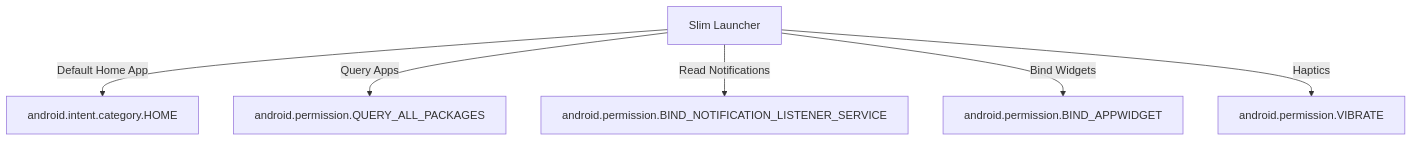
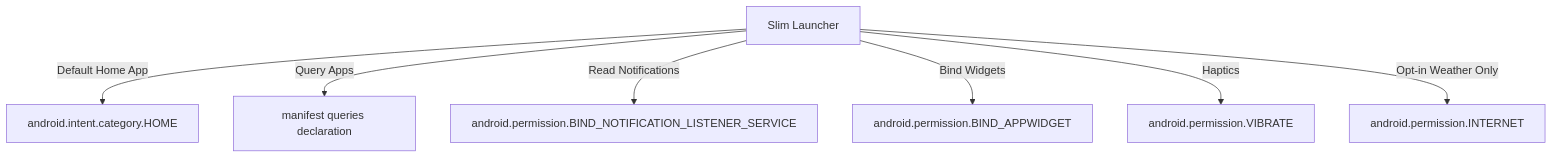
One commit to OpScaleHub/Slim changed the diagram in docs/architecture/system_requirements.md. Above: the diagram before and after it, drawn with Mermaid. The commit also changed other lines of this file and 19 other files, not shown here.

````diff
--- a/docs/architecture/system_requirements.md
+++ b/docs/architecture/system_requirements.md
@@ -22,8 +22,9 @@
 ```mermaid
 graph TD
     Launcher[Slim Launcher] -->|Default Home App| Home[android.intent.category.HOME]
-    Launcher -->|Query Apps| Query[android.permission.QUERY_ALL_PACKAGES]
+    Launcher -->|Query Apps| Query[manifest queries declaration]
     Launcher -->|Read Notifications| NListener[android.permission.BIND_NOTIFICATION_LISTENER_SERVICE]
     Launcher -->|Bind Widgets| Widget[android.permission.BIND_APPWIDGET]
     Launcher -->|Haptics| Vibe[android.permission.VIBRATE]
+    Launcher -->|Opt-in Weather Only| Net[android.permission.INTERNET]
 ```
````
